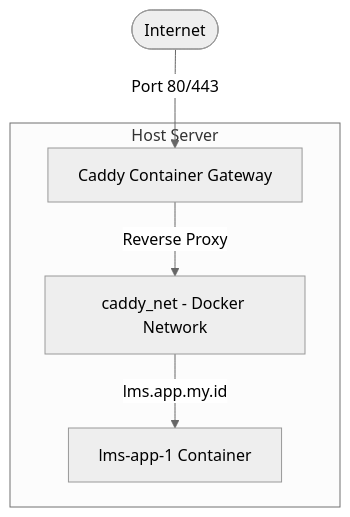
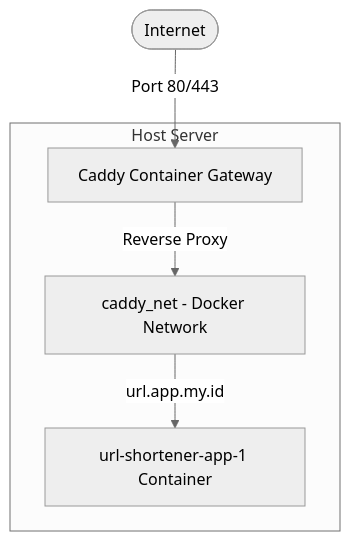
Before and after one commit to semmidev/url-shortener: the diagram in deploy/standalone/README.md, drawn with Mermaid (neutral theme). The commit also changed other lines of this file and 1 other file, not shown here.

````diff
--- a/deploy/standalone/README.md
+++ b/deploy/standalone/README.md
@@ -22,12 +22,12 @@
 ```mermaid
 graph TD
     subgraph Host Server
         Caddy[Caddy Container Gateway]
         Net[caddy_net - Docker Network]
-        App[lms-app-1 Container]
+        App[url-shortener-app-1 Container]
     end
 
     Internet([Internet]) -->|Port 80/443| Caddy
     Caddy -->|Reverse Proxy| Net
-    Net -->|lms.app.my.id| App
+    Net -->|url.app.my.id| App
 ```
````
